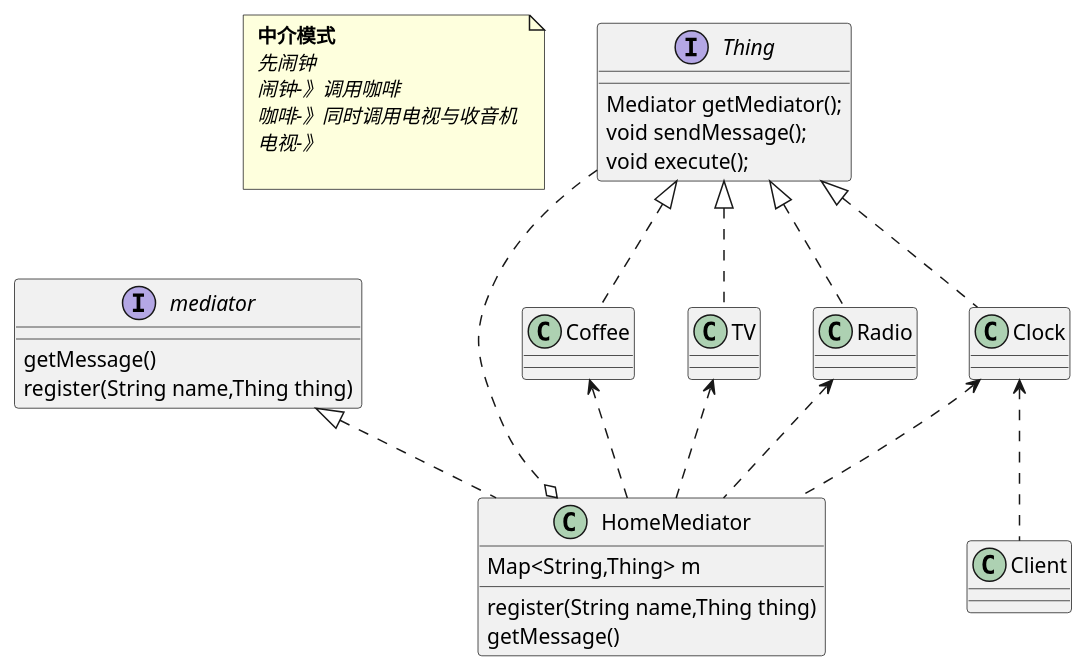
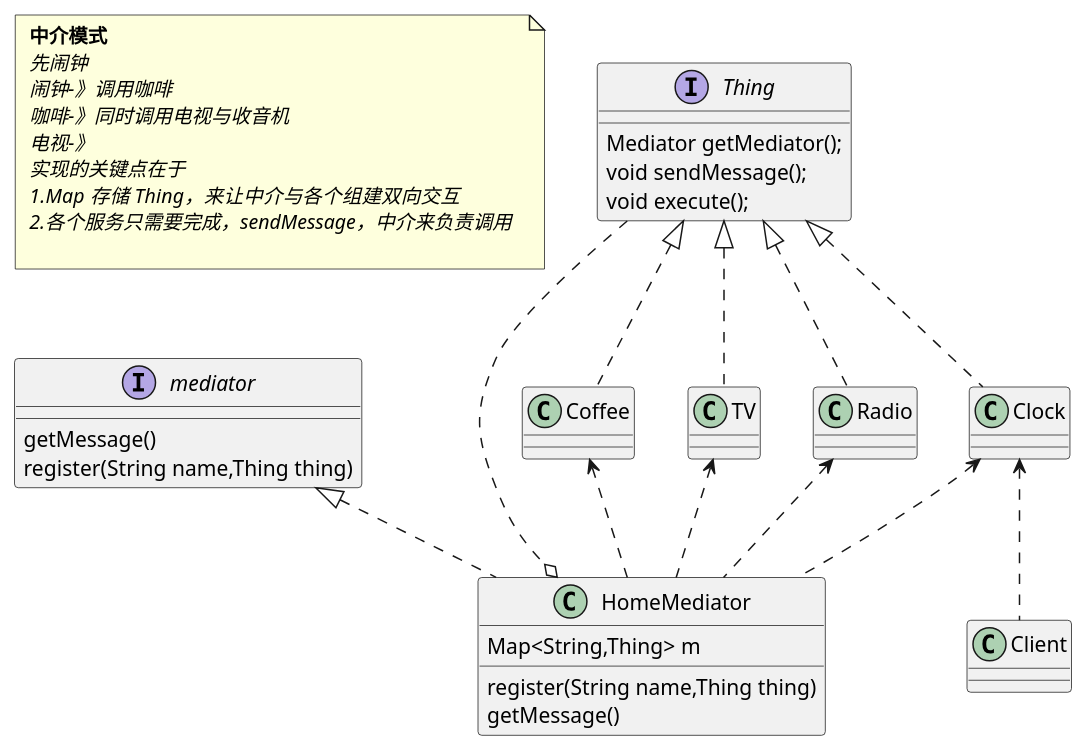
One commit to forrestlmj/javaLearn changed the diagram in JavaDesignPattern/src/main/java/com/github/yck/pattern/behavioral/mediator/HomeBoy.puml. Above: the diagram before and after it, drawn with PlantUML.

Commit message:
[Mediator]

```diff
--- a/JavaDesignPattern/src/main/java/com/github/yck/pattern/behavioral/mediator/HomeBoy.puml
+++ b/JavaDesignPattern/src/main/java/com/github/yck/pattern/behavioral/mediator/HomeBoy.puml
@@ -1,40 +1,43 @@
 @startuml
 'https://plantuml.com/class-diagram
 note as C
     <b> 中介模式 </b>
     <i> 先闹钟 </i>
     <i> 闹钟-》调用咖啡 </i>
     <i> 咖啡-》同时调用电视与收音机 </i>
     <i> 电视-》 </i>
+    <i> 实现的关键点在于 </i>
+    <i> 1.Map 存储  Thing，来让中介与各个组建双向交互 </i>
+    <i> 2.各个服务只需要完成，sendMessage，中介来负责调用  </i>
 
 end note
 interface mediator{
     getMessage()
     register(String name,Thing thing)
 }
 interface Thing{
     Mediator getMediator();
     void sendMessage();
     void execute();
 }
 class HomeMediator{
     Map<String,Thing> m
     register(String name,Thing thing)
     getMessage()
 }
 Thing ..o HomeMediator
 mediator <|.. HomeMediator
 
 
 Thing <|.. Clock
 Thing <|.. Coffee
 Thing <|.. TV
 Thing <|.. Radio
 
 Clock    <.. HomeMediator
 Coffee   <.. HomeMediator
 TV       <.. HomeMediator
 Radio    <.. HomeMediator
 
 Clock <.. Client
 @enduml
```
